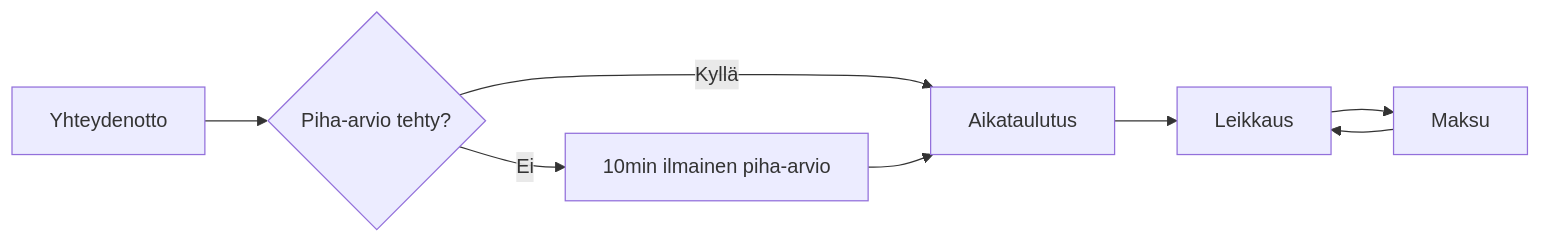
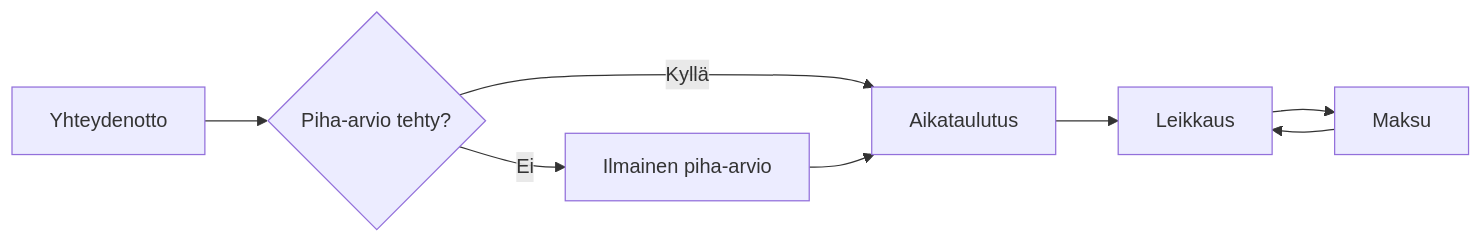
Before and after one commit to roikonen/grasshopper: the diagram in docs/index.md, drawn with Mermaid. The commit also changed other lines of this file, not shown here.

````diff
--- a/docs/index.md
+++ b/docs/index.md
@@ -8,10 +8,10 @@
 ``` mermaid
 graph LR
   F[Yhteydenotto] --> G{Piha-arvio tehty?}
   G --> |Kyllä| C;
   G --> |Ei| B;
-  B[10min ilmainen piha-arvio] --> C;
+  B[Ilmainen piha-arvio] --> C;
   C[Aikataulutus] --> D;
   D[Leikkaus] --> E;
   E[Maksu] --> D;
 ```
````
